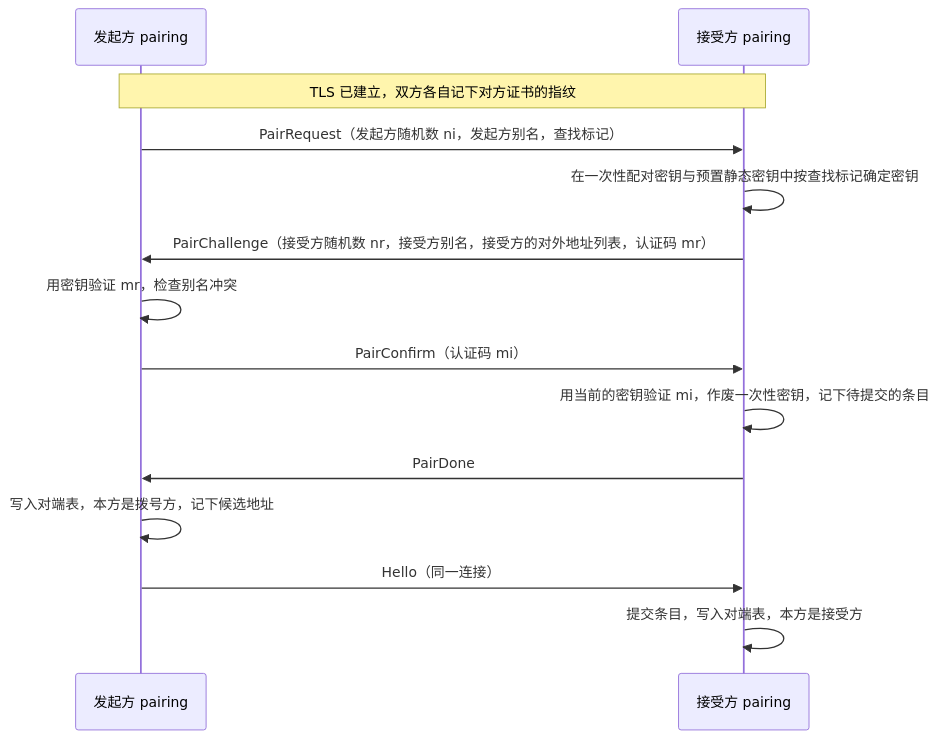
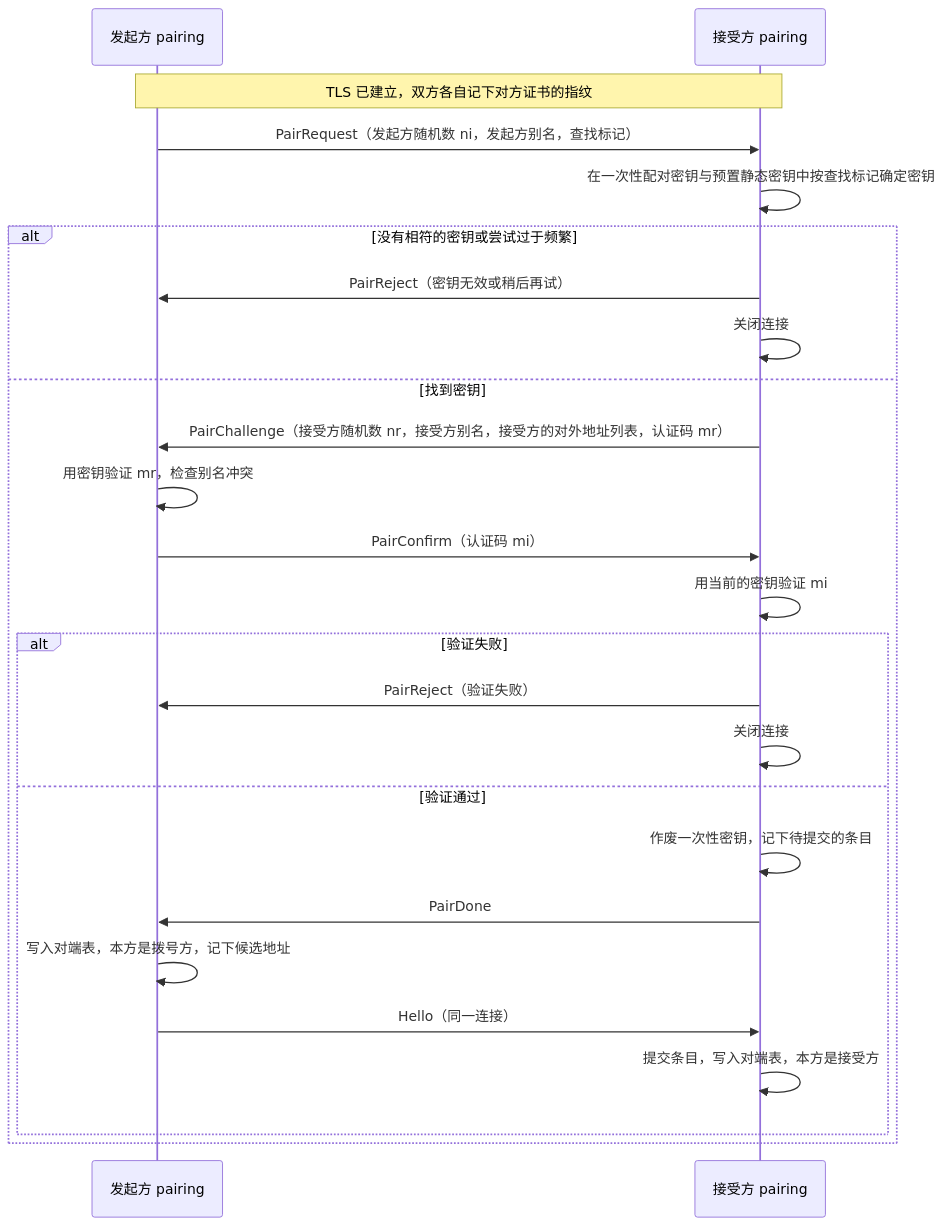
Before and after one commit to wangzw/agent-peer: the diagram in docs/design/modules/design-pairing.md, drawn with Mermaid. The commit also changed other lines of this file and 5 other files, not shown here.

````diff
--- a/docs/design/modules/design-pairing.md
+++ b/docs/design/modules/design-pairing.md
@@ -90,16 +92,27 @@
 ```mermaid
 sequenceDiagram
     participant I as 发起方 pairing
     participant R as 接受方 pairing
     Note over I,R: TLS 已建立，双方各自记下对方证书的指纹
     I->>R: PairRequest（发起方随机数 ni，发起方别名，查找标记）
     R->>R: 在一次性配对密钥与预置静态密钥中按查找标记确定密钥
-    R->>I: PairChallenge（接受方随机数 nr，接受方别名，接受方的对外地址列表，认证码 mr）
-    I->>I: 用密钥验证 mr，检查别名冲突
-    I->>R: PairConfirm（认证码 mi）
-    R->>R: 用当前的密钥验证 mi，作废一次性密钥，记下待提交的条目
-    R->>I: PairDone
-    I->>I: 写入对端表，本方是拨号方，记下候选地址
-    I->>R: Hello（同一连接）
-    R->>R: 提交条目，写入对端表，本方是接受方
+    alt 没有相符的密钥或尝试过于频繁
+        R->>I: PairReject（密钥无效或稍后再试）
+        R->>R: 关闭连接
+    else 找到密钥
+        R->>I: PairChallenge（接受方随机数 nr，接受方别名，接受方的对外地址列表，认证码 mr）
+        I->>I: 用密钥验证 mr，检查别名冲突
+        I->>R: PairConfirm（认证码 mi）
+        R->>R: 用当前的密钥验证 mi
+        alt 验证失败
+            R->>I: PairReject（验证失败）
+            R->>R: 关闭连接
+        else 验证通过
+            R->>R: 作废一次性密钥，记下待提交的条目
+            R->>I: PairDone
+            I->>I: 写入对端表，本方是拨号方，记下候选地址
+            I->>R: Hello（同一连接）
+            R->>R: 提交条目，写入对端表，本方是接受方
+        end
+    end
 ```
````
